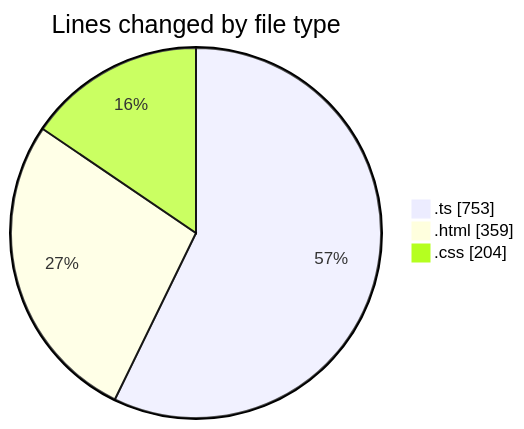
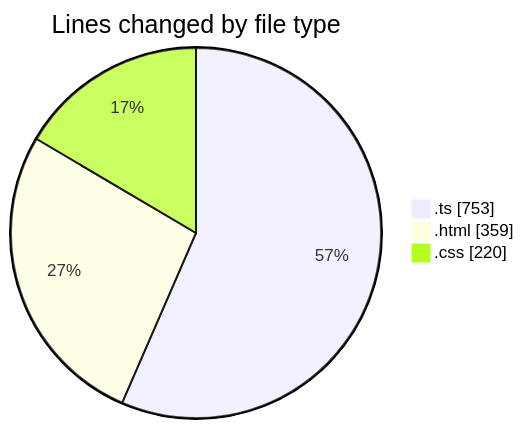
One commit to igalym/code-tracking changed the first of 2 diagrams in 2026-01-05/budget_front_nest/README.md. Above: the diagram before and after it, drawn with Mermaid. The commit also changed other lines of this file and 1 other file, not shown here.

````diff
--- a/2026-01-05/budget_front_nest/README.md
+++ b/2026-01-05/budget_front_nest/README.md
@@ -24,7 +24,7 @@
 ```mermaid
 pie showData
 title Lines changed by file type
 ".ts" : 753
 ".html" : 359
-".css" : 204
+".css" : 220
 ```
````
